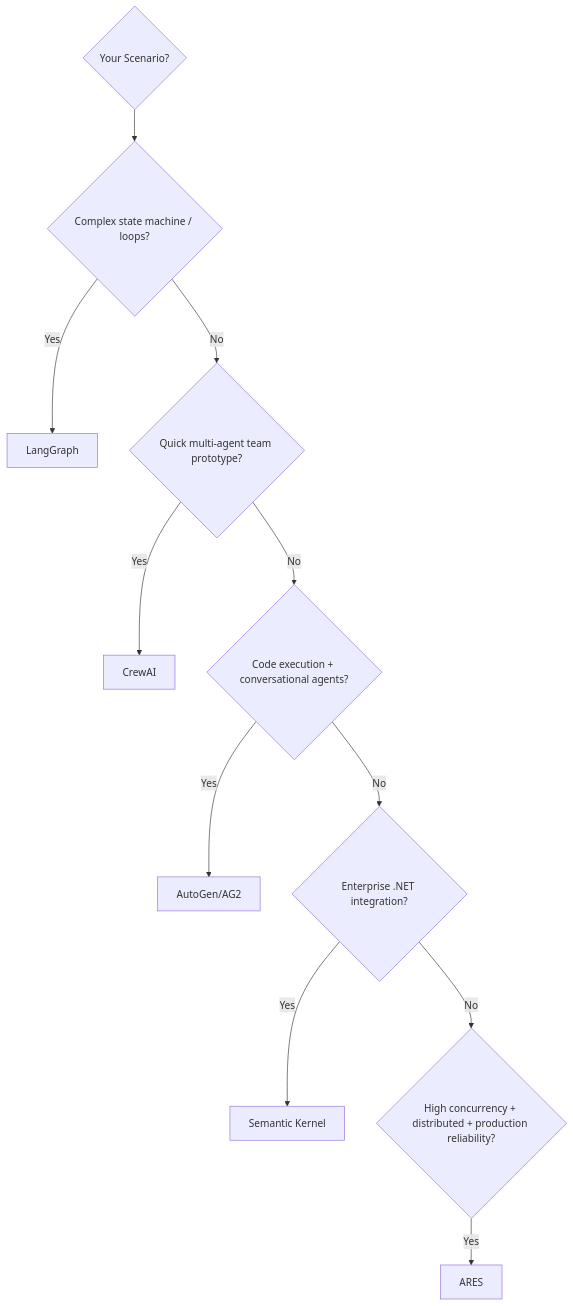
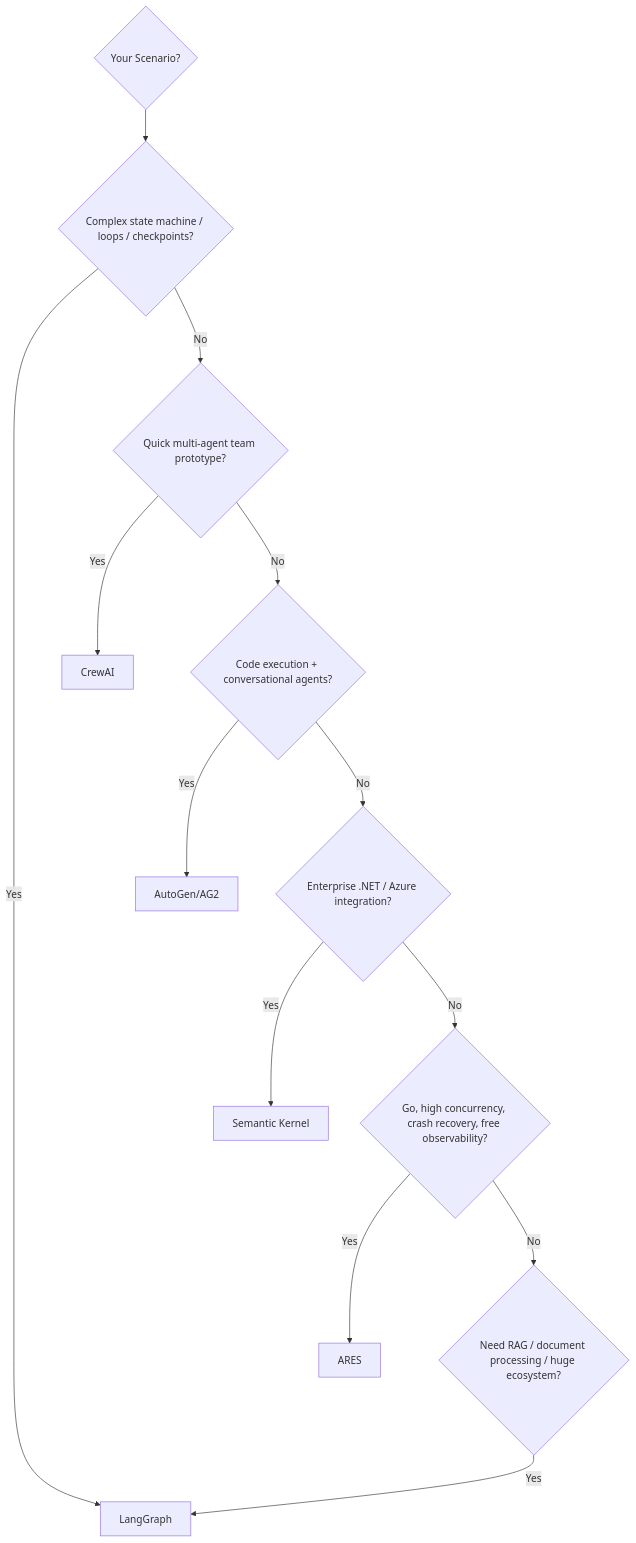
Before and after one commit to Timwood0x10/ARES: the seventh of 7 diagrams in docs/en/framework-comparison.md, drawn with Mermaid. The commit also changed other lines of this file and 9 other files, not shown here.

````diff
--- a/docs/en/framework-comparison.md
+++ b/docs/en/framework-comparison.md
@@ -588,13 +285,15 @@
 ```mermaid
 graph TD
-    START{Your Scenario?} --> Q1{Complex state machine / loops?}
+    START{Your Scenario?} --> Q1{Complex state machine / loops / checkpoints?}
     Q1 -->|Yes| LG[LangGraph]
     Q1 -->|No| Q2{Quick multi-agent team prototype?}
     Q2 -->|Yes| CA[CrewAI]
     Q2 -->|No| Q3{Code execution + conversational agents?}
     Q3 -->|Yes| AG[AutoGen/AG2]
-    Q3 -->|No| Q4{Enterprise .NET integration?}
+    Q3 -->|No| Q4{Enterprise .NET / Azure integration?}
     Q4 -->|Yes| SK[Semantic Kernel]
-    Q4 -->|No| Q5{High concurrency + distributed + production reliability?}
-    Q5 -->|Yes| GA[ARES]
+    Q4 -->|No| Q5{Go, high concurrency, crash recovery, free observability?}
+    Q5 -->|Yes| ARES[ARES]
+    Q5 -->|No| Q6{Need RAG / document processing / huge ecosystem?}
+    Q6 -->|Yes| LG[LangGraph]
 ```
````
